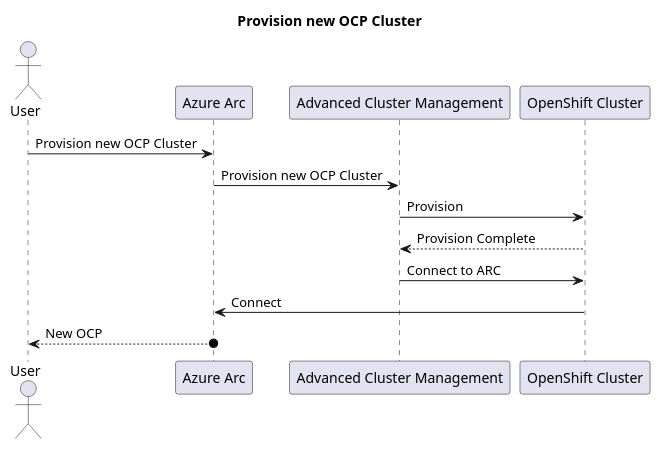
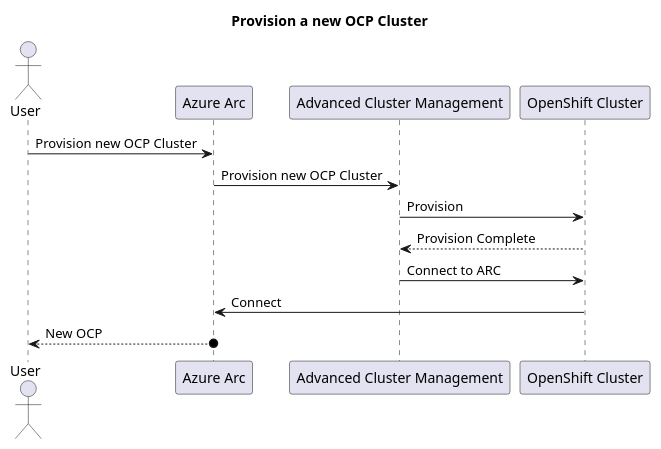
One commit to ygalblum/acm-azure-arc changed the second of 2 diagrams in summary.adoc. Above: the diagram before and after it, drawn with PlantUML. The commit also changed other lines of this file, not shown here.

Commit message:
fix the second diagram and add heading text

```diff
--- a/summary.adoc
+++ b/summary.adoc
@@ -28,19 +30,19 @@
-[plantuml, target=Provision, format=png]
+[plantuml, target=Provision, format=svg]
 ....
 @startuml
 actor User as User Order 1
 participant "Azure Arc" as ARC Order 2
 participant "Advanced Cluster Management" as ACM Order 3
 participant "OpenShift Cluster" as OCP Order 4
 
-title Provision new OCP Cluster
+title Provision a new OCP Cluster
 
 User -> ARC: Provision new OCP Cluster
 ARC -> ACM: Provision new OCP Cluster
 ACM -> OCP: Provision
 ACM <-- OCP: Provision Complete
 ACM -> OCP: Connect to ARC
 OCP -> ARC: Connect
 User <--o ARC: New OCP
 @enduml
 ....
```
